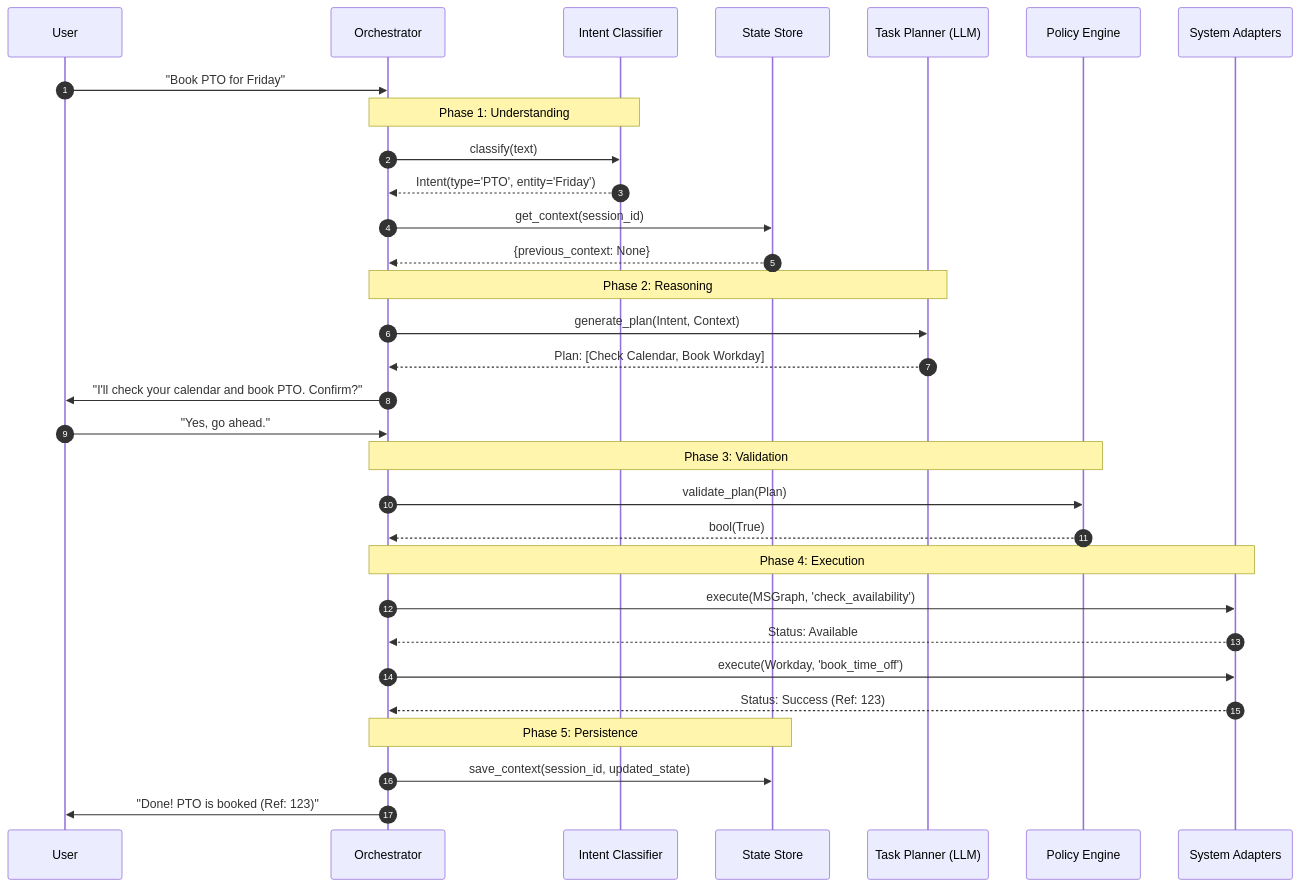
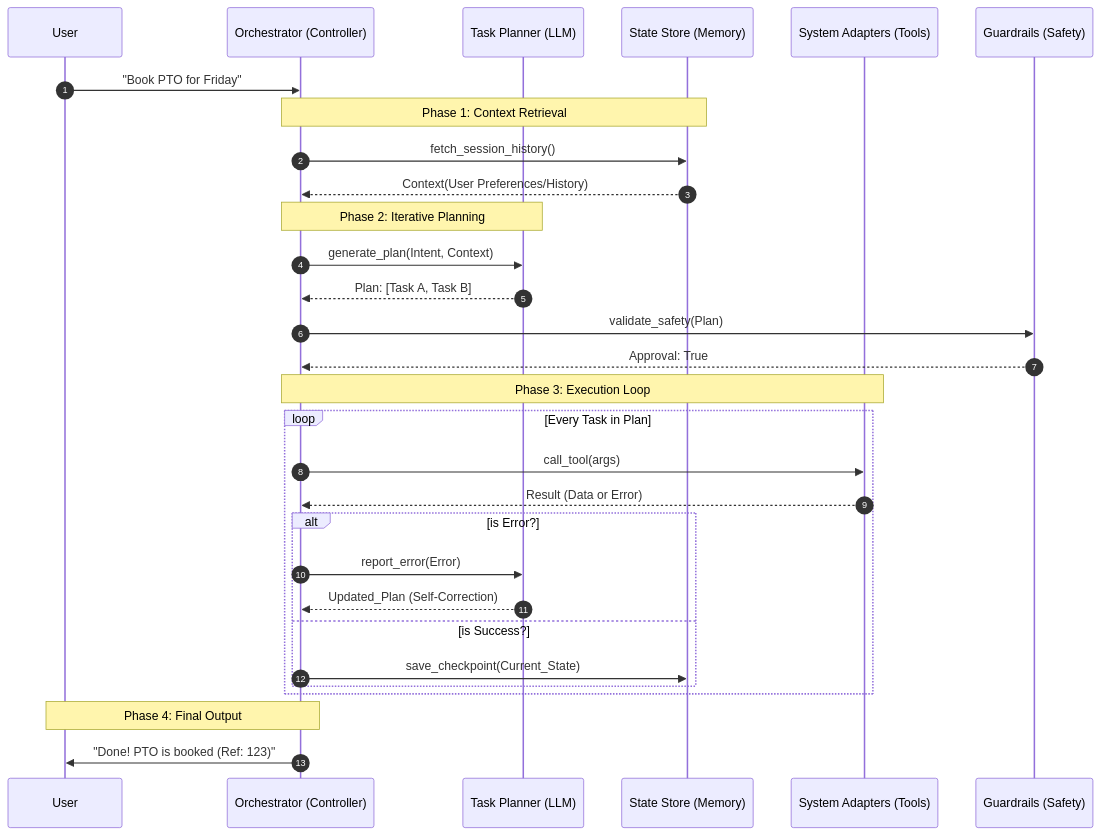
One commit to susurro0/deniz_cingoez_portfolio.github.io changed the second of 2 diagrams in architecture-lab/poc-labs/agentic_workflow_automation/README.md. Above: the diagram before and after it, drawn with Mermaid.

Commit message:
update sequenceDiagram and include Self-Correction and Checkpointing

````diff
--- a/architecture-lab/poc-labs/agentic_workflow_automation/README.md
+++ b/architecture-lab/poc-labs/agentic_workflow_automation/README.md
@@ -88,42 +88,39 @@
 ```mermaid
 sequenceDiagram
     autonumber
     participant User
-    participant Orch as Orchestrator
-    participant IC as Intent Classifier
-    participant SS as State Store
+    participant Orch as Orchestrator (Controller)
     participant Planner as Task Planner (LLM)
-    participant Policy as Policy Engine
-    participant Adapters as System Adapters
+    participant SS as State Store (Memory)
+    participant Adapters as System Adapters (Tools)
+    participant Policy as Guardrails (Safety)
 
     User->>Orch: "Book PTO for Friday"
     
-    Note over Orch, IC: Phase 1: Understanding
-    Orch->>IC: classify(text)
-    IC-->>Orch: Intent(type='PTO', entity='Friday')
+    Note over Orch, SS: Phase 1: Context Retrieval
+    Orch->>SS: fetch_session_history()
+    SS-->>Orch: Context(User Preferences/History)
+
+    Note over Orch, Planner: Phase 2: Iterative Planning
+    Orch->>Planner: generate_plan(Intent, Context)
+    Planner-->>Orch: Plan: [Task A, Task B]
     
-    Orch->>SS: get_context(session_id)
-    SS-->>Orch: {previous_context: None}
+    Orch->>Policy: validate_safety(Plan)
+    Policy-->>Orch: Approval: True
 
-    Note over Orch, Planner: Phase 2: Reasoning
-    Orch->>Planner: generate_plan(Intent, Context)
-    Planner-->>Orch: Plan: [Check Calendar, Book Workday]
-    
-    Orch->>User: "I'll check your calendar and book PTO. Confirm?"
-    User->>Orch: "Yes, go ahead."
+    Note over Orch, Adapters: Phase 3: Execution Loop
+    loop Every Task in Plan
+        Orch->>Adapters: call_tool(args)
+        Adapters-->>Orch: Result (Data or Error)
+        
+        alt is Error?
+            Orch->>Planner: report_error(Error)
+            Planner-->>Orch: Updated_Plan (Self-Correction)
+        else is Success?
+            Orch->>SS: save_checkpoint(Current_State)
+        end
+    end
 
-    Note over Orch, Policy: Phase 3: Validation
-    Orch->>Policy: validate_plan(Plan)
-    Policy-->>Orch: bool(True)
-
-    Note over Orch, Adapters: Phase 4: Execution
-    Orch->>Adapters: execute(MSGraph, 'check_availability')
-    Adapters-->>Orch: Status: Available
-    Orch->>Adapters: execute(Workday, 'book_time_off')
-    Adapters-->>Orch: Status: Success (Ref: 123)
-
-    Note over Orch, SS: Phase 5: Persistence
-    Orch->>SS: save_context(session_id, updated_state)
+    Note over Orch, User: Phase 4: Final Output
     Orch->>User: "Done! PTO is booked (Ref: 123)"
-    
 ```
````
